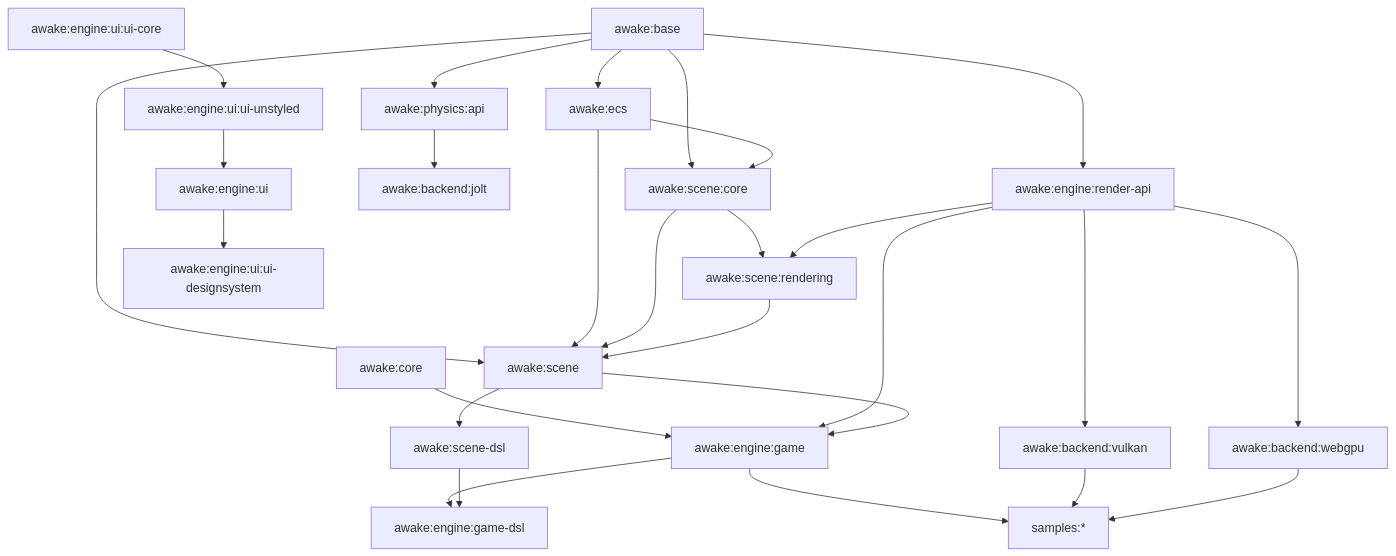
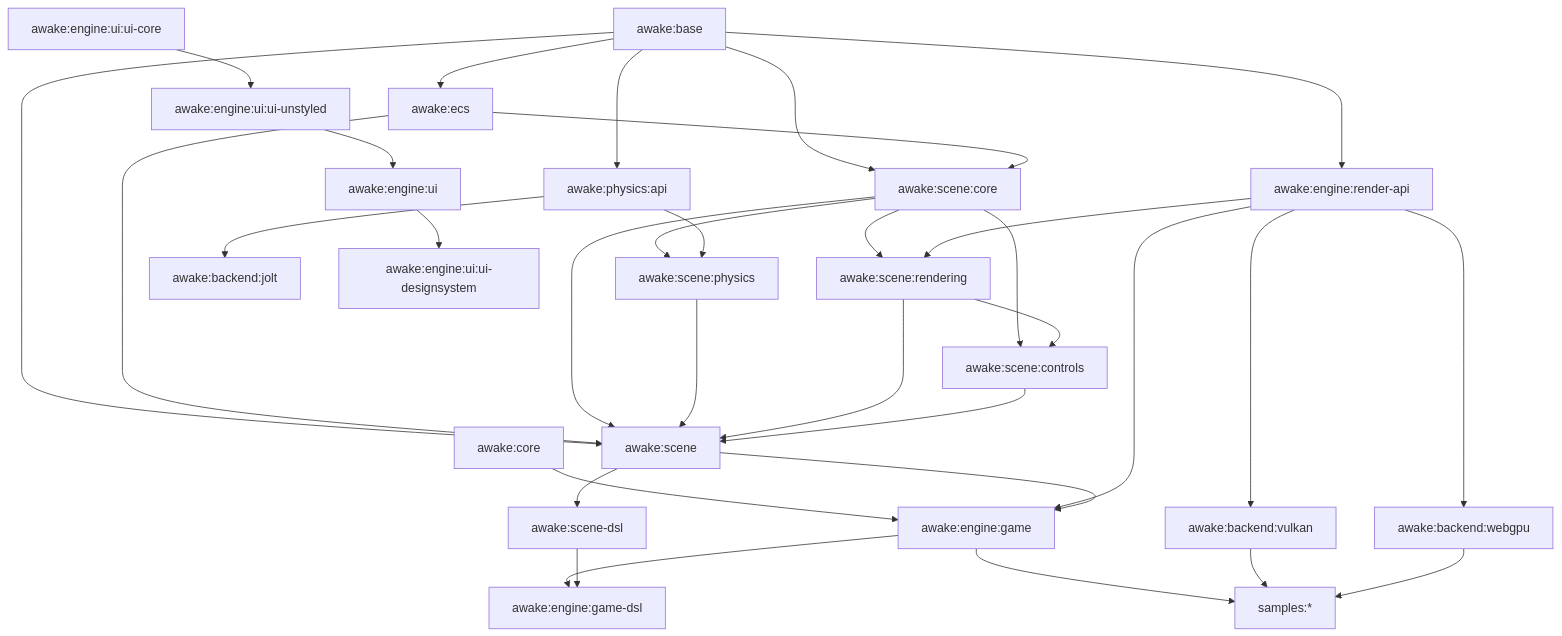
The diagram in docs/architecture.md (awake-lab/awake), drawn with Mermaid before and after one commit. The commit also changed other lines of this file and 20 other files, not shown here.

First line of the commit message:
refactor(scene): split physics and controls leaves into their own modules

````diff
--- a/docs/architecture.md
+++ b/docs/architecture.md
@@ -18,49 +18,57 @@
 ```mermaid
 flowchart TD
     base["awake:base"]
     core["awake:core"]
     ecs["awake:ecs"]
     scene["awake:scene"]
     sceneCore["awake:scene:core"]
+    sceneControls["awake:scene:controls"]
+    scenePhysics["awake:scene:physics"]
     sceneRendering["awake:scene:rendering"]
     sceneDsl["awake:scene-dsl"]
     render["awake:engine:render-api"]
     game["awake:engine:game"]
     gameDsl["awake:engine:game-dsl"]
     physicsApi["awake:physics:api"]
     jolt["awake:backend:jolt"]
     uiCore["awake:engine:ui:ui-core"]
     uiWidgets["awake:engine:ui:ui-unstyled"]
     ui["awake:engine:ui"]
     uiDs["awake:engine:ui:ui-designsystem"]
     vulkan["awake:backend:vulkan"]
     webgpu["awake:backend:webgpu"]
     samples["samples:*"]
 
     core --> game
     base --> ecs
     base --> sceneCore
     base --> scene
     base --> render
     base --> physicsApi
     ecs --> sceneCore
     ecs --> scene
     sceneCore --> sceneRendering
+    sceneCore --> scenePhysics
+    sceneCore --> sceneControls
+    sceneRendering --> sceneControls
     render --> sceneRendering
+    physicsApi --> scenePhysics
     sceneCore --> scene
+    scenePhysics --> scene
     sceneRendering --> scene
+    sceneControls --> scene
     scene --> sceneDsl
     render --> game
     scene --> game
     game --> gameDsl
     sceneDsl --> gameDsl
     physicsApi --> jolt
     uiCore --> uiWidgets
     uiWidgets --> ui
     ui --> uiDs
     game --> samples
     render --> vulkan
     render --> webgpu
     vulkan --> samples
     webgpu --> samples
 ```
````
